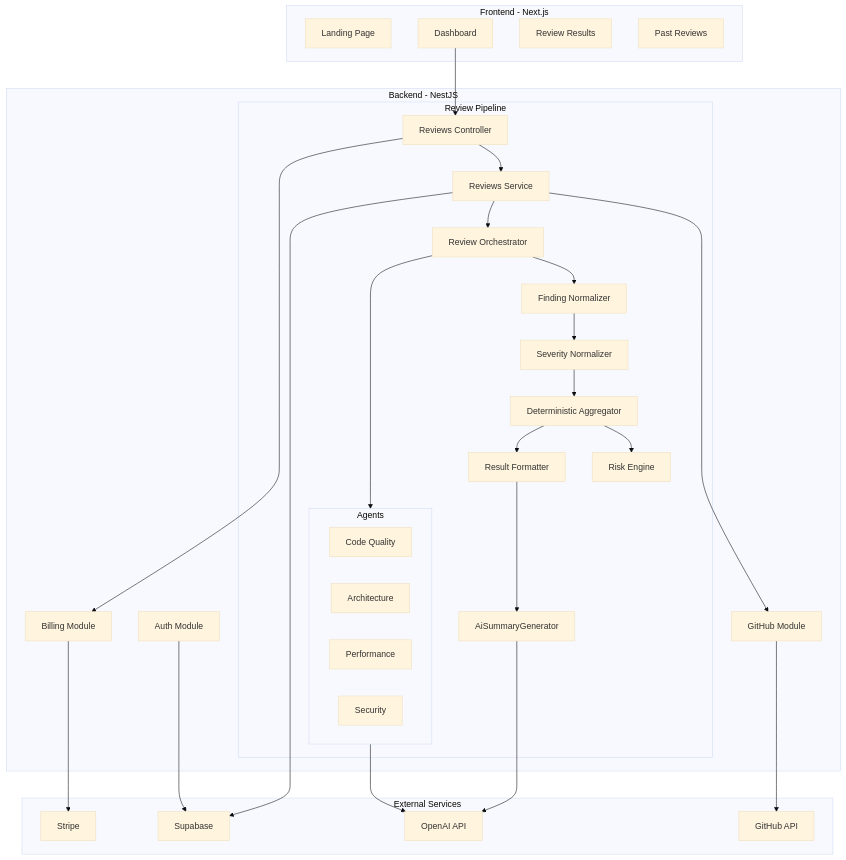
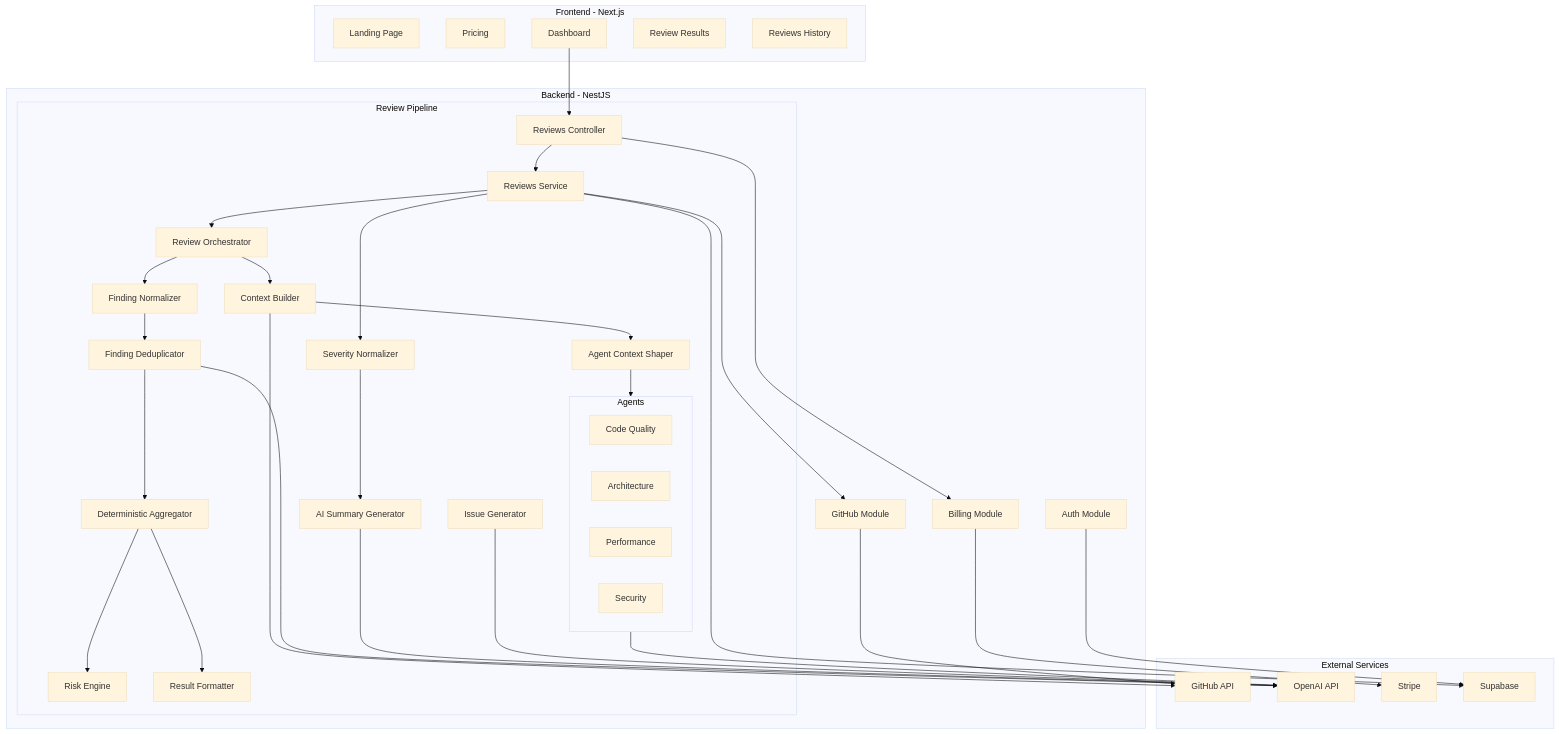
Before and after one commit to anbochkarev1991/ai-code-review: the diagram in README.md, drawn with Mermaid (base theme). The commit also changed other lines of this file and 4 other files, not shown here.

````diff
--- a/README.md
+++ b/README.md
@@ -153,61 +184,72 @@
 ```mermaid
 graph TB
     subgraph frontend [Frontend - Next.js]
         Landing[Landing Page]
+        Pricing[Pricing]
         Dashboard[Dashboard]
         ReviewUI[Review Results]
-        ReviewHistory[Past Reviews]
+        ReviewHistory[Reviews History]
     end
 
     subgraph backend [Backend - NestJS]
         AuthMod[Auth Module]
         GitHubMod[GitHub Module]
         BillingMod[Billing Module]
 
         subgraph reviewPipeline [Review Pipeline]
             Controller[Reviews Controller]
             Service[Reviews Service]
             Orchestrator[Review Orchestrator]
+            CtxBuilder[Context Builder]
+            CtxShaper[Agent Context Shaper]
 
             subgraph agents [Agents]
                 CQ[Code Quality]
                 AR[Architecture]
                 PF[Performance]
                 SC[Security]
             end
 
             Normalizer[Finding Normalizer]
-            SevNorm[Severity Normalizer]
+            Deduplicator[Finding Deduplicator]
             Aggregator[Deterministic Aggregator]
             RiskEng[Risk Engine]
             Formatter[Result Formatter]
-            AiSummary[AiSummaryGenerator]
+            SevNorm[Severity Normalizer]
+            AiSummary[AI Summary Generator]
+            IssueGen[Issue Generator]
         end
     end
 
     subgraph external [External Services]
         GitHubAPI[GitHub API]
         OpenAI[OpenAI API]
         Stripe[Stripe]
         Supabase[Supabase]
     end
 
     Dashboard --> Controller
     Controller --> Service
     Service --> GitHubMod
     GitHubMod --> GitHubAPI
     Service --> Orchestrator
-    Orchestrator --> agents
+    Orchestrator --> CtxBuilder
+    CtxBuilder --> GitHubAPI
+    CtxBuilder --> CtxShaper
+    CtxShaper --> agents
     agents --> OpenAI
     Orchestrator --> Normalizer
-    Normalizer --> SevNorm
-    SevNorm --> Aggregator
+    Normalizer --> Deduplicator
+    Deduplicator --> OpenAI
+    Deduplicator --> Aggregator
     Aggregator --> RiskEng
     Aggregator --> Formatter
-    Formatter --> AiSummary
+    Service --> SevNorm
+    SevNorm --> AiSummary
     AiSummary --> OpenAI
+    IssueGen --> OpenAI
     Controller --> BillingMod
     BillingMod --> Stripe
     AuthMod --> Supabase
     Service --> Supabase
 ```
````
